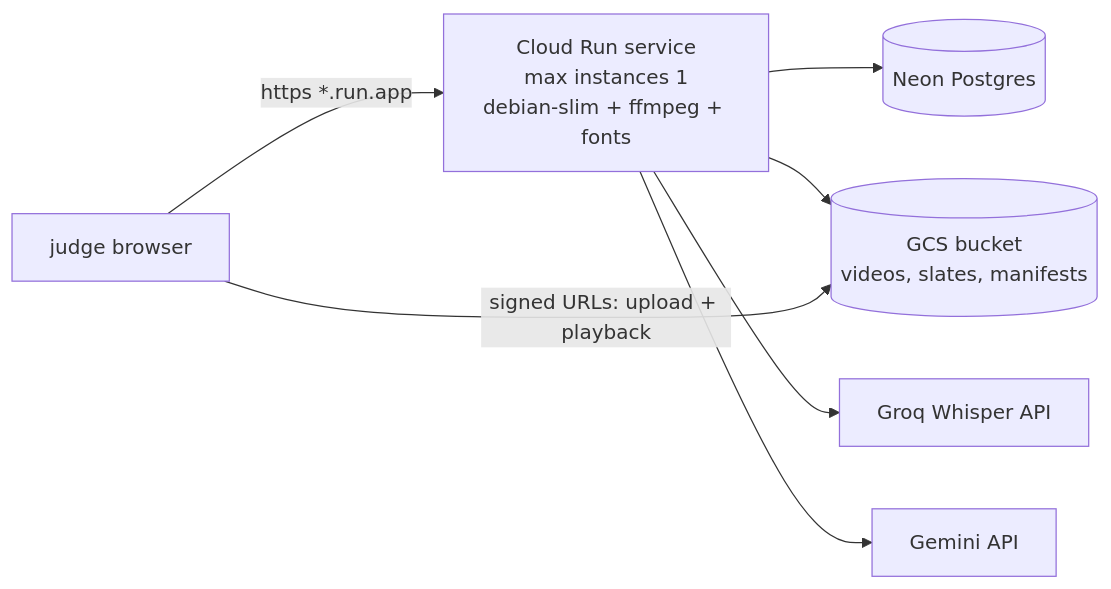
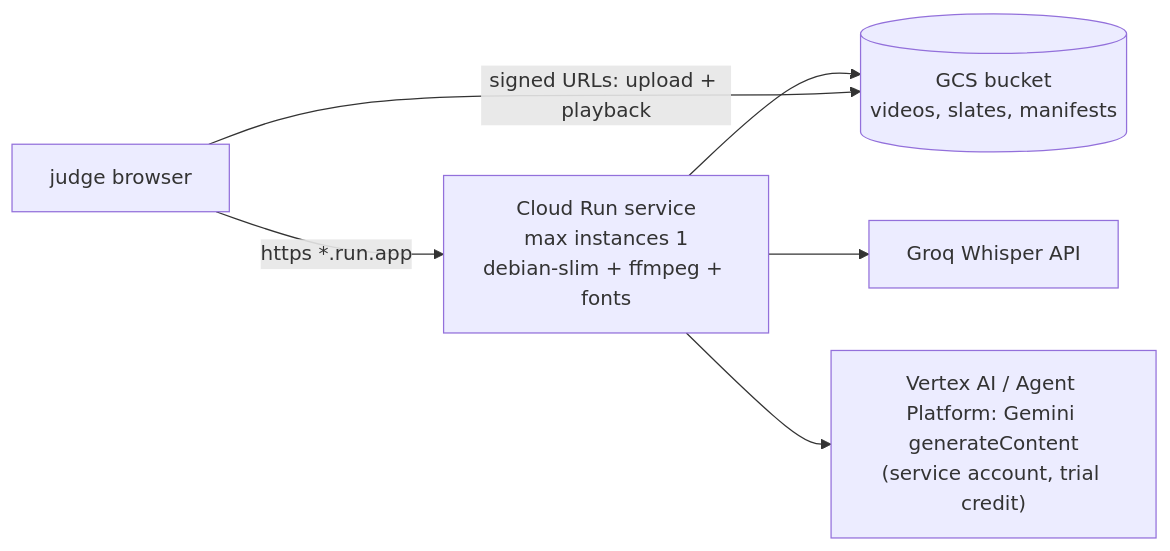
One commit to thisizaro/adbreak changed the fifth of 5 diagrams in docs/ARCHITECTURE.md. Above: the diagram before and after it, drawn with Mermaid. The commit also changed other lines of this file and 15 other files, not shown here.

````diff
--- a/docs/ARCHITECTURE.md
+++ b/docs/ARCHITECTURE.md
@@ -137,9 +139,8 @@
 ```mermaid
 flowchart LR
   U[judge browser] -->|https *.run.app| CR["Cloud Run service<br/>max instances 1<br/>debian-slim + ffmpeg + fonts"]
-  CR --> NEON[(Neon Postgres)]
   CR --> GCS[(GCS bucket<br/>videos, slates, manifests)]
   U -->|signed URLs: upload + playback| GCS
   CR --> GROQ[Groq Whisper API]
-  CR --> GEM[Gemini API]
+  CR --> GEM["Vertex AI / Agent Platform: Gemini generateContent<br/>(service account, trial credit)"]
 ```
````
